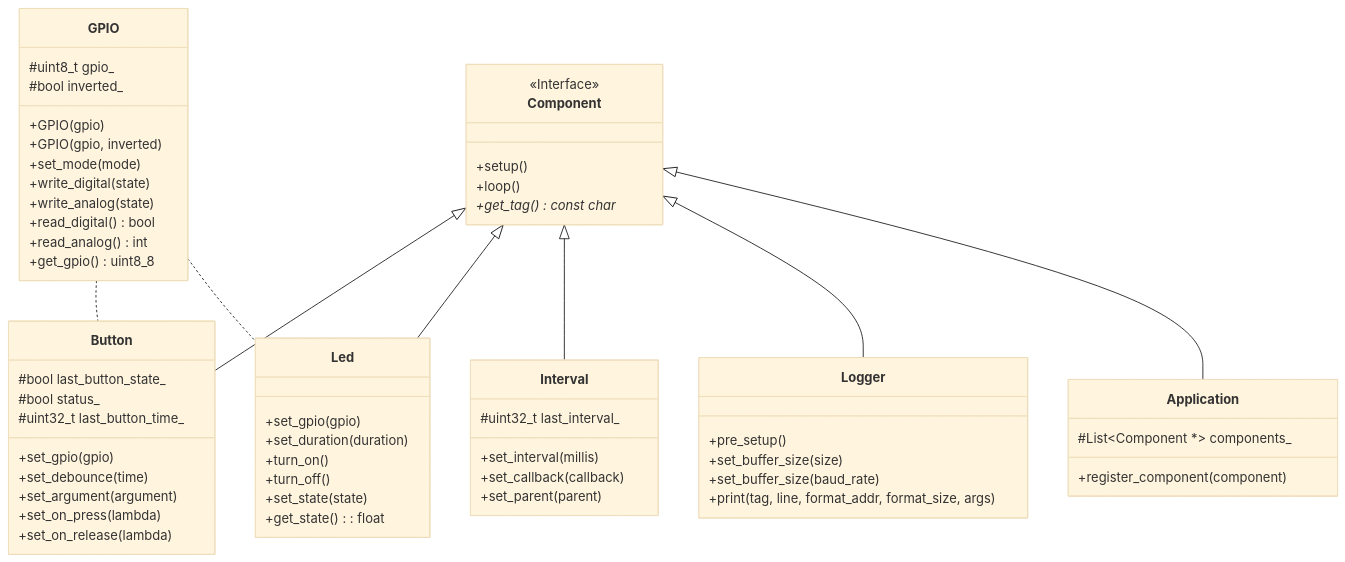
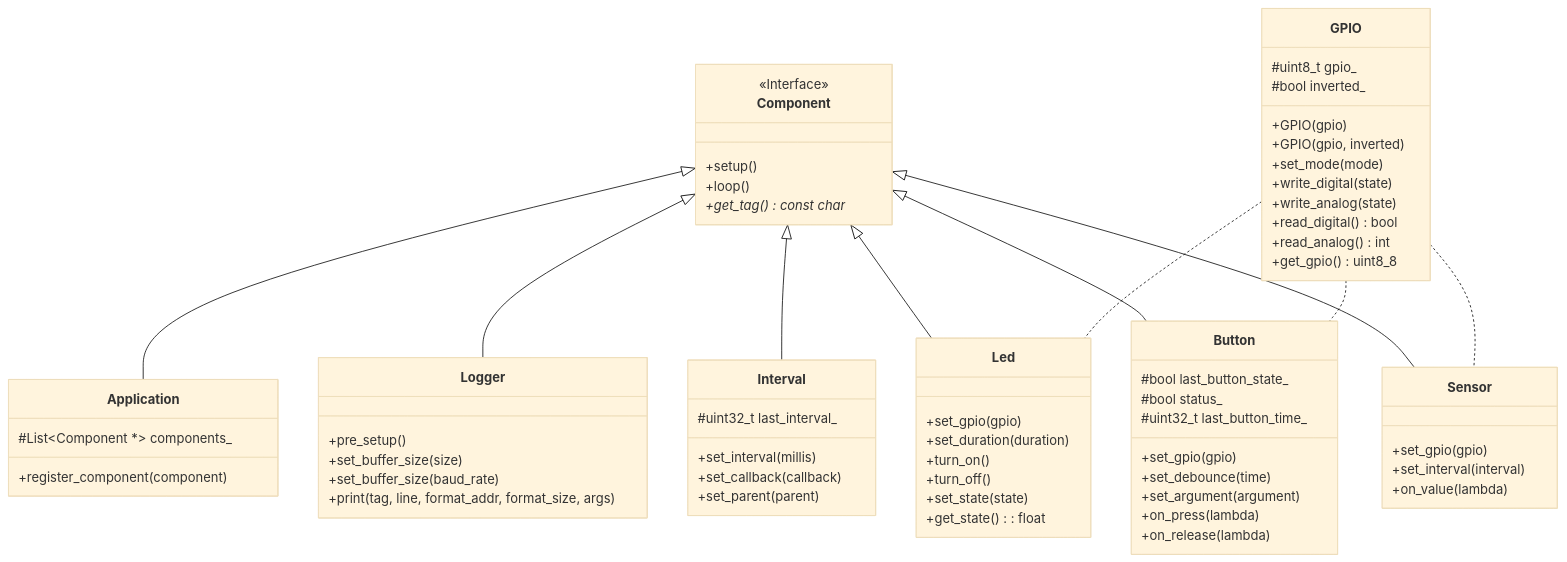
One commit to wjtje/wcaf changed the diagram in README.md. Above: the diagram before and after it, drawn with Mermaid (base theme). The commit also changed other lines of this file and 3 other files, not shown here.

Commit message:
✨ Add sensor component

````diff
--- a/README.md
+++ b/README.md
@@ -29,70 +30,78 @@
 ```mermaid
 classDiagram
-
-  class GPIO {
-    #uint8_t gpio_
-    #bool inverted_
-    +GPIO(gpio)
-    +GPIO(gpio, inverted)
-    +set_mode(mode)
-    +write_digital(state)
-    +write_analog(state)
-    +read_digital() bool
-    +read_analog() int
-    +get_gpio() uint8_8
-  }
 
   class Component {
     <<Interface>>
     +setup()
     +loop()
     +get_tag() const char *
   }
 
   Component <|-- Application
   class Application {
     #List~Component *~ components_
     +register_component(component)
   }
 
   Component <|-- Logger
   class Logger {
     +pre_setup()
     +set_buffer_size(size)
     +set_buffer_size(baud_rate)
     +print(tag, line, format_addr, format_size, args)
   }
 
   Component <|-- Interval
   class Interval {
     #uint32_t last_interval_
     +set_interval(millis)
     +set_callback(callback)
     +set_parent(parent)
   }
 
   Component <|-- Led
   GPIO .. Led
   class Led {
     +set_gpio(gpio)
     +set_duration(duration)
     +turn_on()
     +turn_off()
     +set_state(state)
     +get_state(): float
   }
 
   Component <|-- Button
   GPIO .. Button
   class Button {
     #bool last_button_state_
     #bool status_
     #uint32_t last_button_time_
 
     +set_gpio(gpio)
     +set_debounce(time)
     +set_argument(argument)
-    +set_on_press(lambda)
-    +set_on_release(lambda)
+    +on_press(lambda)
+    +on_release(lambda)
+  }
+
+  Component <|-- Sensor
+  GPIO .. Sensor
+  class Sensor {
+    +set_gpio(gpio)
+    +set_interval(interval)
+    +on_value(lambda)
+  }
+
+  class GPIO {
+    #uint8_t gpio_
+    #bool inverted_
+    +GPIO(gpio)
+    +GPIO(gpio, inverted)
+    +set_mode(mode)
+    +write_digital(state)
+    +write_analog(state)
+    +read_digital() bool
+    +read_analog() int
+    +get_gpio() uint8_8
   }
 ```
````
